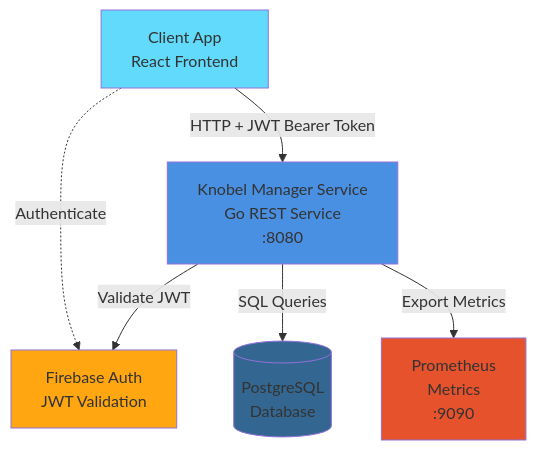
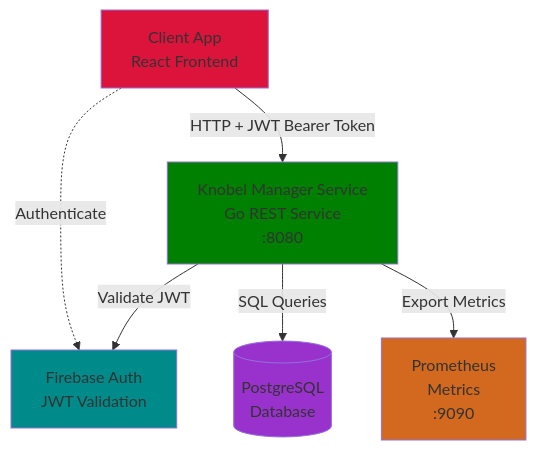
One commit to henok321/knobel-manager-service changed the diagram in README.md. Above: the diagram before and after it, drawn with Mermaid.

Commit message:
docs: update diagram styles in README

````diff
--- a/README.md
+++ b/README.md
@@ -16,18 +16,18 @@
 ```mermaid
 graph TB
     Client[Client App<br/>React Frontend]
     API[Knobel Manager Service<br/>Go REST Service<br/>:8080]
     DB[(PostgreSQL<br/>Database)]
     Firebase[Firebase Auth<br/>JWT Validation]
     Metrics[Prometheus<br/>Metrics<br/>:9090]
     Client -->|HTTP + JWT Bearer Token| API
     Client -.->|Authenticate| Firebase
     API -->|Validate JWT| Firebase
     API -->|SQL Queries| DB
     API -->|Export Metrics| Metrics
-    style API fill: #4A90E2
-    style DB fill: #336791
-    style Firebase fill: #FFA611
-    style Client fill: #61DAFB
-    style Metrics fill: #E6522C
+    style API fill: green
+    style DB fill: darkorchid
+    style Firebase fill: darkcyan
+    style Client fill: crimson
+    style Metrics fill: chocolate
 ```
````
